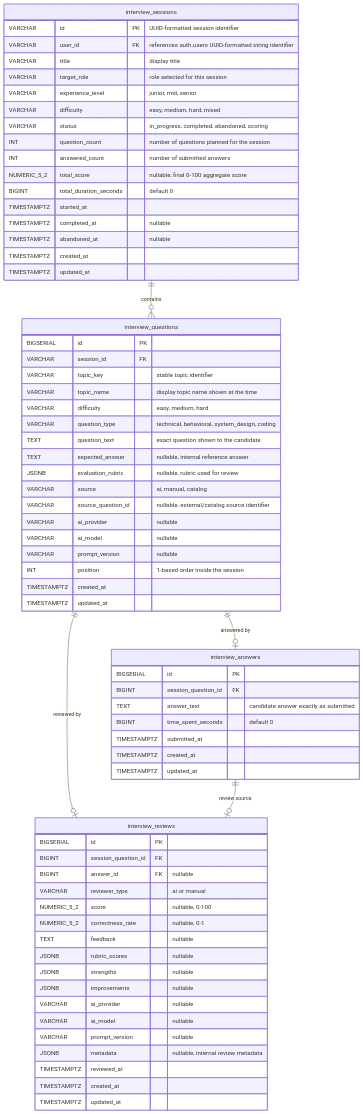
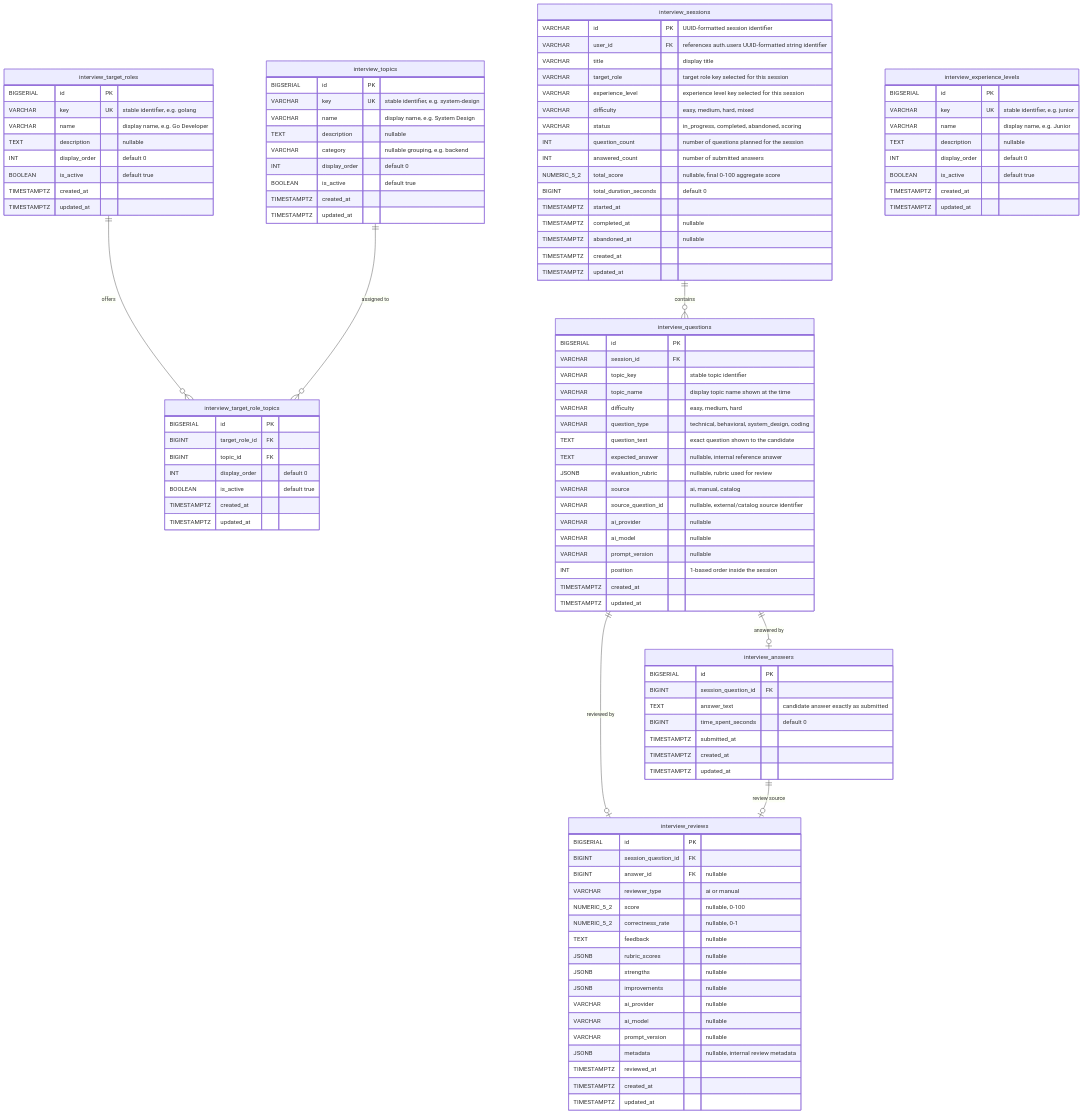
The diagram in docs/specs/modules/interview/ERD.md (Jaxongir1006/ai-interview-prep-api), drawn with Mermaid before and after one commit. The commit also changed other lines of this file and 24 other files, not shown here.

````diff
--- a/docs/specs/modules/interview/ERD.md
+++ b/docs/specs/modules/interview/ERD.md
@@ -3,16 +3,62 @@
 ```mermaid
 erDiagram
+    interview_target_roles ||--o{ interview_target_role_topics : "offers"
+    interview_topics ||--o{ interview_target_role_topics : "assigned to"
     interview_sessions ||--o{ interview_questions : "contains"
     interview_questions ||--o| interview_answers : "answered by"
     interview_questions ||--o| interview_reviews : "reviewed by"
     interview_answers ||--o| interview_reviews : "review source"
 
+    interview_target_roles {
+        BIGSERIAL id PK
+        VARCHAR key UK "stable identifier, e.g. golang"
+        VARCHAR name "display name, e.g. Go Developer"
+        TEXT description "nullable"
+        INT display_order "default 0"
+        BOOLEAN is_active "default true"
+        TIMESTAMPTZ created_at
+        TIMESTAMPTZ updated_at
+    }
+
+    interview_experience_levels {
+        BIGSERIAL id PK
+        VARCHAR key UK "stable identifier, e.g. junior"
+        VARCHAR name "display name, e.g. Junior"
+        TEXT description "nullable"
+        INT display_order "default 0"
+        BOOLEAN is_active "default true"
+        TIMESTAMPTZ created_at
+        TIMESTAMPTZ updated_at
+    }
+
+    interview_topics {
+        BIGSERIAL id PK
+        VARCHAR key UK "stable identifier, e.g. system-design"
+        VARCHAR name "display name, e.g. System Design"
+        TEXT description "nullable"
+        VARCHAR category "nullable grouping, e.g. backend"
+        INT display_order "default 0"
+        BOOLEAN is_active "default true"
+        TIMESTAMPTZ created_at
+        TIMESTAMPTZ updated_at
+    }
+
+    interview_target_role_topics {
+        BIGSERIAL id PK
+        BIGINT target_role_id FK
+        BIGINT topic_id FK
+        INT display_order "default 0"
+        BOOLEAN is_active "default true"
+        TIMESTAMPTZ created_at
+        TIMESTAMPTZ updated_at
+    }
+
     interview_sessions {
         VARCHAR id PK "UUID-formatted session identifier"
         VARCHAR user_id FK "references auth.users UUID-formatted string identifier"
         VARCHAR title "display title"
-        VARCHAR target_role "role selected for this session"
-        VARCHAR experience_level "junior, mid, senior"
+        VARCHAR target_role "target role key selected for this session"
+        VARCHAR experience_level "experience level key selected for this session"
         VARCHAR difficulty "easy, medium, hard, mixed"
         VARCHAR status "in_progress, completed, abandoned, scoring"
         INT question_count "number of questions planned for the session"
````
